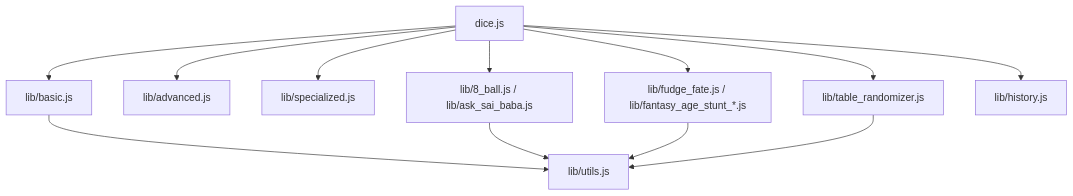
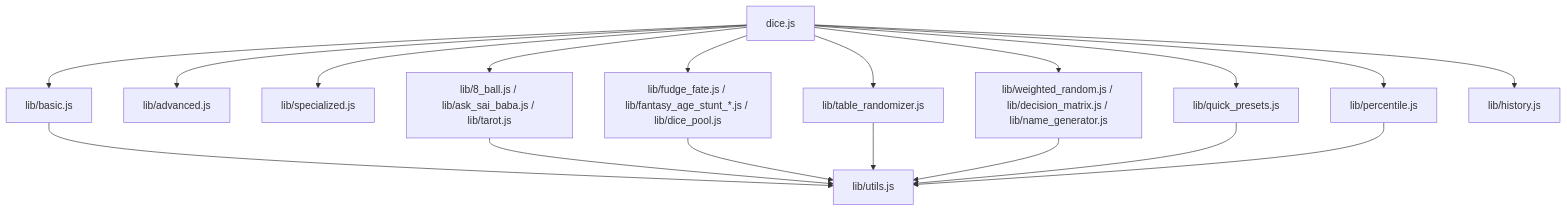
Before and after one commit to krishnakanthb13/anp-19-dice: the diagram in CODE_DOCUMENTATION.md, drawn with Mermaid. The commit also changed other lines of this file and 5 other files, not shown here.

First line of the commit message:
v0.0.16 - refactor(lib): adjust list formatting and name generation output

````diff
--- a/CODE_DOCUMENTATION.md
+++ b/CODE_DOCUMENTATION.md
@@ -9,15 +9,21 @@
 ```mermaid
 graph TD
     Entry[dice.js] --> Basic[lib/basic.js]
     Entry --> Advanced[lib/advanced.js]
     Entry --> Specialized[lib/specialized.js]
-    Entry --> Oracles[lib/8_ball.js / lib/ask_sai_baba.js]
-    Entry --> Systems[lib/fudge_fate.js / lib/fantasy_age_stunt_*.js]
+    Entry --> Oracles[lib/8_ball.js / lib/ask_sai_baba.js / lib/tarot.js]
+    Entry --> Systems[lib/fudge_fate.js / lib/fantasy_age_stunt_*.js / lib/dice_pool.js]
     Entry --> Table[lib/table_randomizer.js]
+    Entry --> Generators[lib/weighted_random.js / lib/decision_matrix.js / lib/name_generator.js]
+    Entry --> Presets[lib/quick_presets.js]
+    Entry --> Percentile[lib/percentile.js]
     Entry --> History[lib/history.js]
     
     Basic --> Utils[lib/utils.js]
     Oracles --> Utils
     Systems --> Utils
     Table --> Utils
+    Generators --> Utils
+    Presets --> Utils
+    Percentile --> Utils
 ```
````
